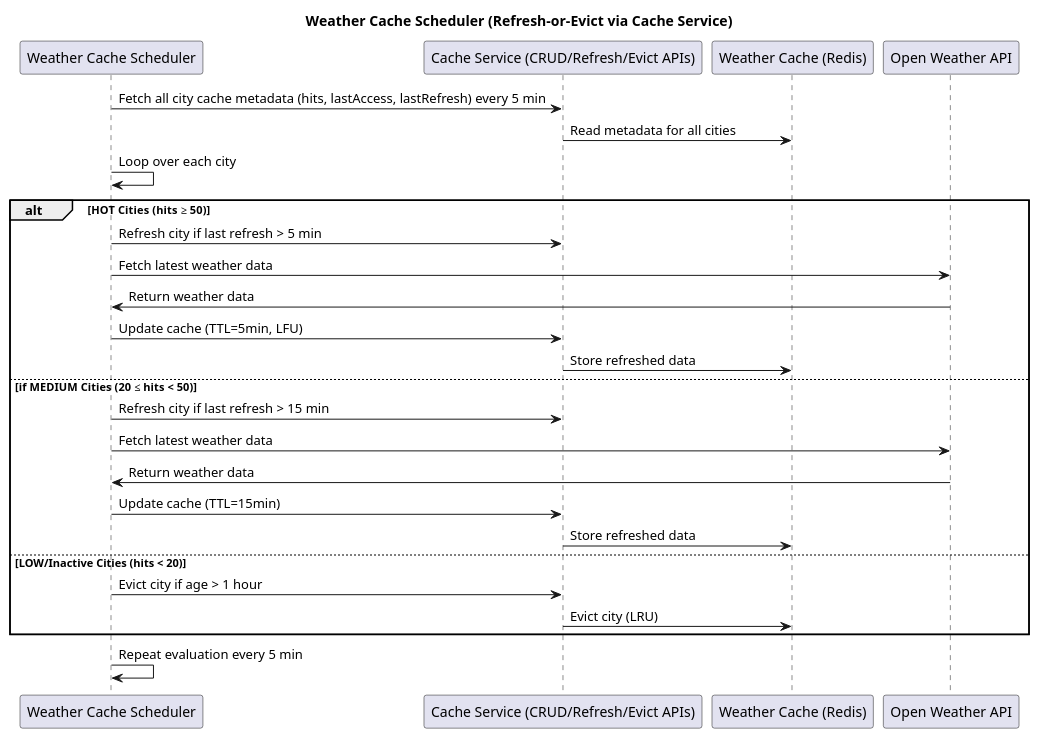
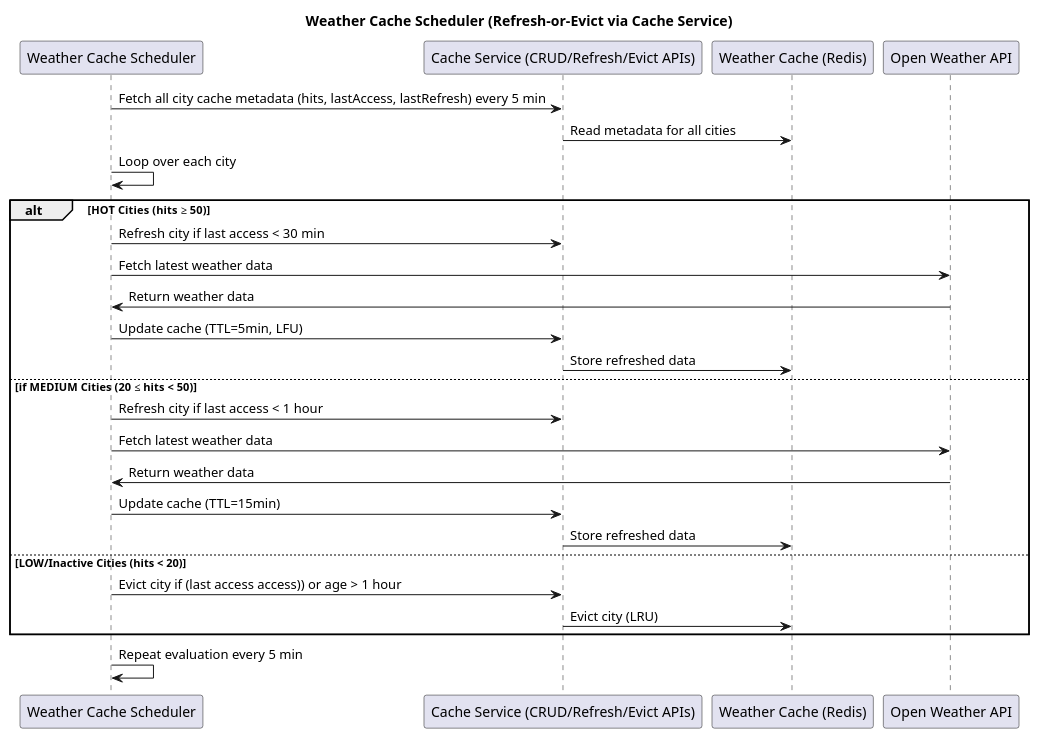
Before and after one commit to shivamnamdeo0101/weather-app: the diagram in SequnceSchedularDig.puml, drawn with PlantUML.

Commit message:
Schedular UML Added

```diff
--- a/SequnceSchedularDig.puml
+++ b/SequnceSchedularDig.puml
@@ -1,31 +1,31 @@
 @startuml
 title Weather Cache Scheduler (Refresh-or-Evict via Cache Service)
 
 participant "Weather Cache Scheduler" as scheduler
 participant "Cache Service (CRUD/Refresh/Evict APIs)" as service
 participant "Weather Cache (Redis)" as cache
 participant "Open Weather API" as api
 
 scheduler -> service: Fetch all city cache metadata (hits, lastAccess, lastRefresh) every 5 min
 service -> cache: Read metadata for all cities
 
 scheduler -> scheduler: Loop over each city
 alt HOT Cities (hits ≥ 50)
-    scheduler -> service: Refresh city if last refresh > 5 min
+    scheduler -> service: Refresh city if last access < 30 min
     scheduler -> api: Fetch latest weather data
     api -> scheduler: Return weather data
     scheduler -> service: Update cache (TTL=5min, LFU)
     service -> cache: Store refreshed data
 else if MEDIUM Cities (20 ≤ hits < 50)
-    scheduler -> service: Refresh city if last refresh > 15 min
+    scheduler -> service: Refresh city if last access < 1 hour
     scheduler -> api: Fetch latest weather data
     api -> scheduler: Return weather data
     scheduler -> service: Update cache (TTL=15min)
     service -> cache: Store refreshed data
 else LOW/Inactive Cities (hits < 20)
-    scheduler -> service: Evict city if age > 1 hour
+    scheduler -> service: Evict city if (last access access)) or age > 1 hour
     service -> cache: Evict city (LRU)
 end
 
 scheduler -> scheduler: Repeat evaluation every 5 min
 @enduml
```
